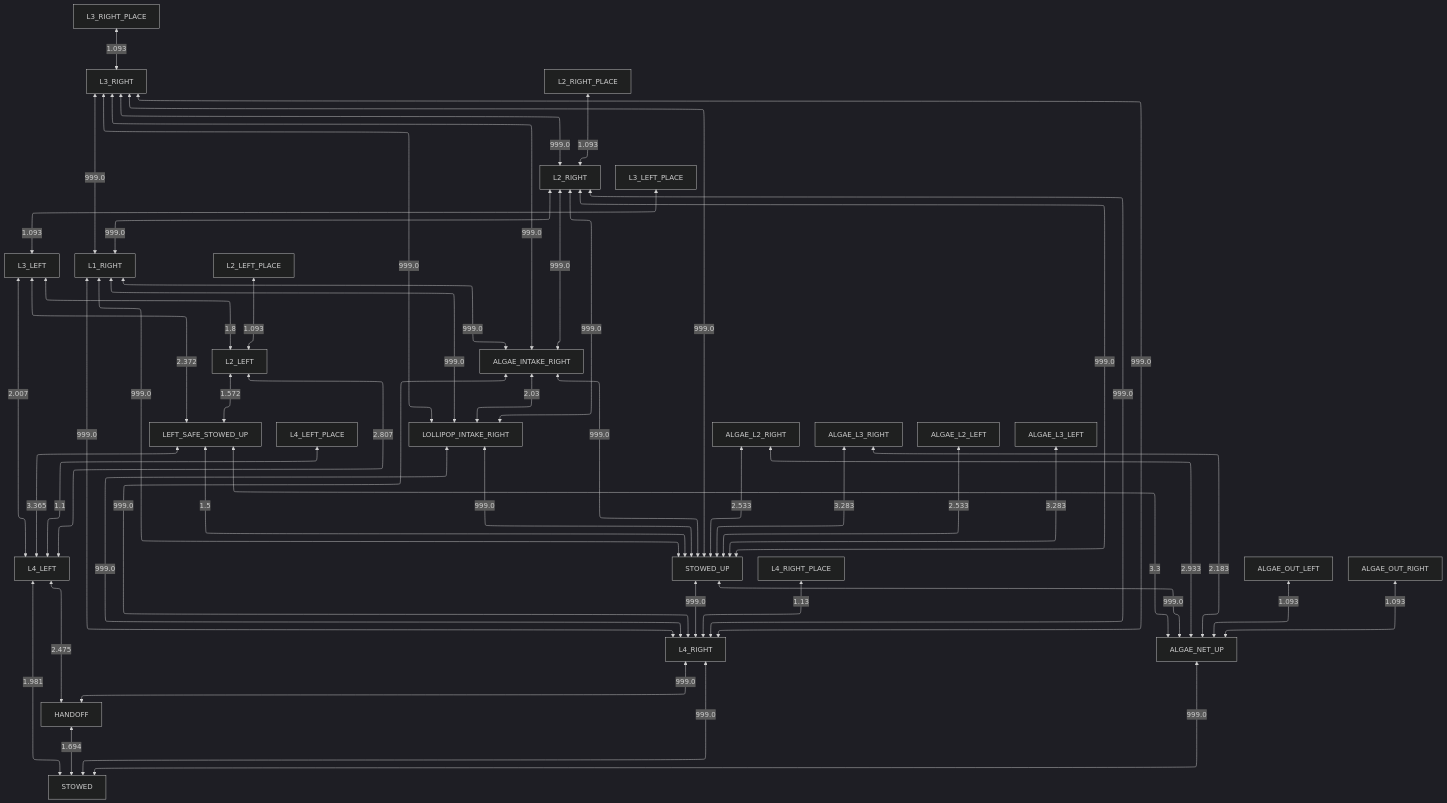
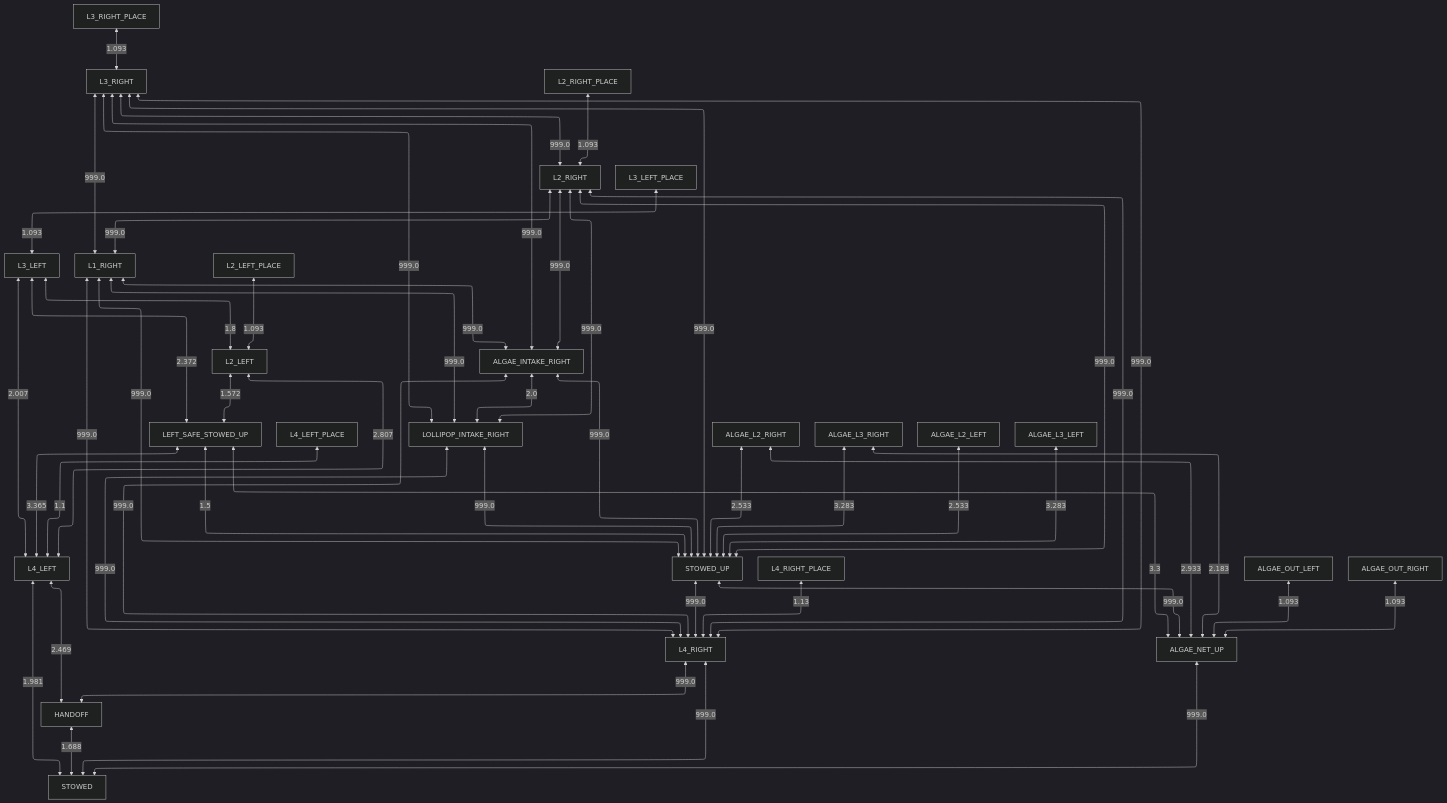
One commit to team581/offseason-2025-comp changed the diagram in docs/collision_avoidance/right_obstructed.md. Above: the diagram before and after it, drawn with Mermaid (dark theme). The commit also changed 3 other files, not shown here.

````diff
--- a/docs/collision_avoidance/right_obstructed.md
+++ b/docs/collision_avoidance/right_obstructed.md
@@ -3,55 +3,55 @@
 ```mermaid
 %%{ init: { "flowchart": { "defaultRenderer": "elk" } } }%%
 graph TD
 
-HANDOFF <-- 1.694 --> STOWED
+HANDOFF <-- 1.688 --> STOWED
 L4_LEFT <-- 1.981 --> STOWED
 L4_RIGHT <-- 999.0 --> STOWED
 ALGAE_NET_UP <-- 999.0 --> STOWED
-L4_LEFT <-- 2.475 --> HANDOFF
+L4_LEFT <-- 2.469 --> HANDOFF
 L4_RIGHT <-- 999.0 --> HANDOFF
 LEFT_SAFE_STOWED_UP <-- 3.365 --> L4_LEFT
 L2_LEFT <-- 2.807 --> L4_LEFT
 L3_LEFT <-- 2.007 --> L4_LEFT
 L4_LEFT_PLACE <-- 1.1 --> L4_LEFT
 STOWED_UP <-- 999.0 --> L4_RIGHT
 ALGAE_INTAKE_RIGHT <-- 999.0 --> L4_RIGHT
 LOLLIPOP_INTAKE_RIGHT <-- 999.0 --> L4_RIGHT
 L1_RIGHT <-- 999.0 --> L4_RIGHT
 L2_RIGHT <-- 999.0 --> L4_RIGHT
 L3_RIGHT <-- 999.0 --> L4_RIGHT
 L4_RIGHT_PLACE <-- 1.13 --> L4_RIGHT
 LEFT_SAFE_STOWED_UP <-- 3.3 --> ALGAE_NET_UP
 STOWED_UP <-- 999.0 --> ALGAE_NET_UP
 ALGAE_OUT_LEFT <-- 1.093 --> ALGAE_NET_UP
 ALGAE_OUT_RIGHT <-- 1.093 --> ALGAE_NET_UP
 ALGAE_L2_RIGHT <-- 2.933 --> ALGAE_NET_UP
 ALGAE_L3_RIGHT <-- 2.183 --> ALGAE_NET_UP
 LEFT_SAFE_STOWED_UP <-- 1.5 --> STOWED_UP
 LOLLIPOP_INTAKE_RIGHT <-- 999.0 --> STOWED_UP
 ALGAE_INTAKE_RIGHT <-- 999.0 --> STOWED_UP
 L1_RIGHT <-- 999.0 --> STOWED_UP
 L2_RIGHT <-- 999.0 --> STOWED_UP
 L3_RIGHT <-- 999.0 --> STOWED_UP
 ALGAE_L2_LEFT <-- 2.533 --> STOWED_UP
 ALGAE_L2_RIGHT <-- 2.533 --> STOWED_UP
 ALGAE_L3_LEFT <-- 3.283 --> STOWED_UP
 ALGAE_L3_RIGHT <-- 3.283 --> STOWED_UP
 L2_LEFT <-- 1.572 --> LEFT_SAFE_STOWED_UP
 L3_LEFT <-- 2.372 --> LEFT_SAFE_STOWED_UP
-ALGAE_INTAKE_RIGHT <-- 2.03 --> LOLLIPOP_INTAKE_RIGHT
+ALGAE_INTAKE_RIGHT <-- 2.0 --> LOLLIPOP_INTAKE_RIGHT
 L1_RIGHT <-- 999.0 --> LOLLIPOP_INTAKE_RIGHT
 L2_RIGHT <-- 999.0 --> LOLLIPOP_INTAKE_RIGHT
 L3_RIGHT <-- 999.0 --> LOLLIPOP_INTAKE_RIGHT
 L1_RIGHT <-- 999.0 --> ALGAE_INTAKE_RIGHT
 L2_RIGHT <-- 999.0 --> ALGAE_INTAKE_RIGHT
 L3_RIGHT <-- 999.0 --> ALGAE_INTAKE_RIGHT
 L3_LEFT <-- 1.8 --> L2_LEFT
 L2_LEFT_PLACE <-- 1.093 --> L2_LEFT
 L3_LEFT_PLACE <-- 1.093 --> L3_LEFT
 L2_RIGHT <-- 999.0 --> L1_RIGHT
 L3_RIGHT <-- 999.0 --> L1_RIGHT
 L3_RIGHT <-- 999.0 --> L2_RIGHT
 L2_RIGHT_PLACE <-- 1.093 --> L2_RIGHT
 L3_RIGHT_PLACE <-- 1.093 --> L3_RIGHT
 ```
````
